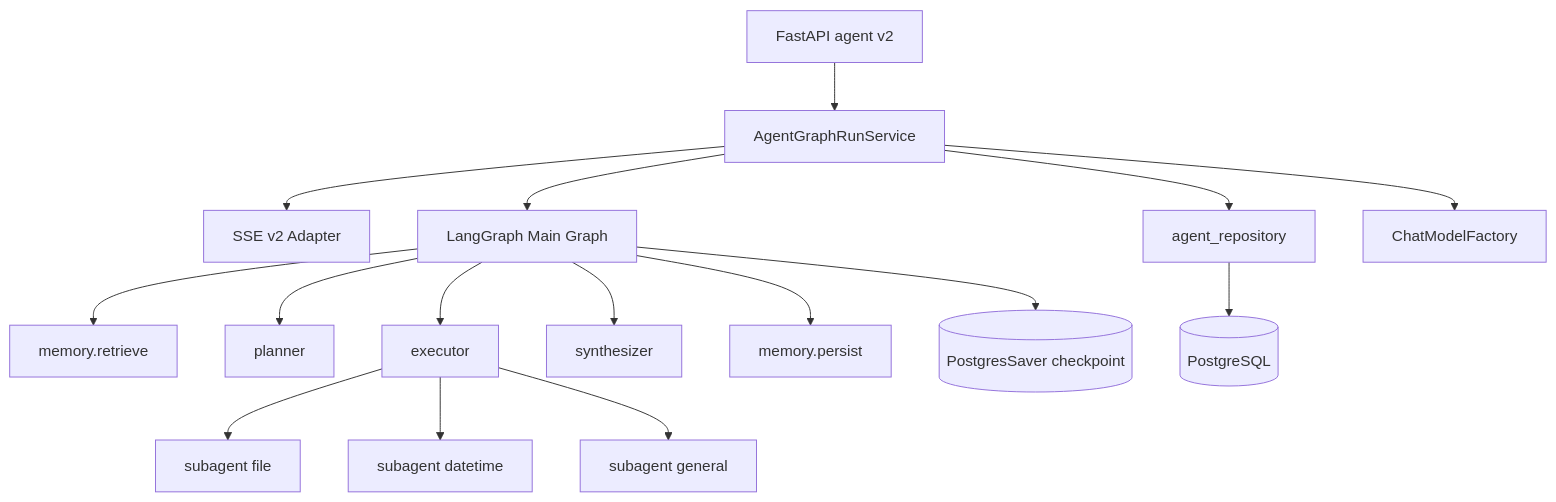
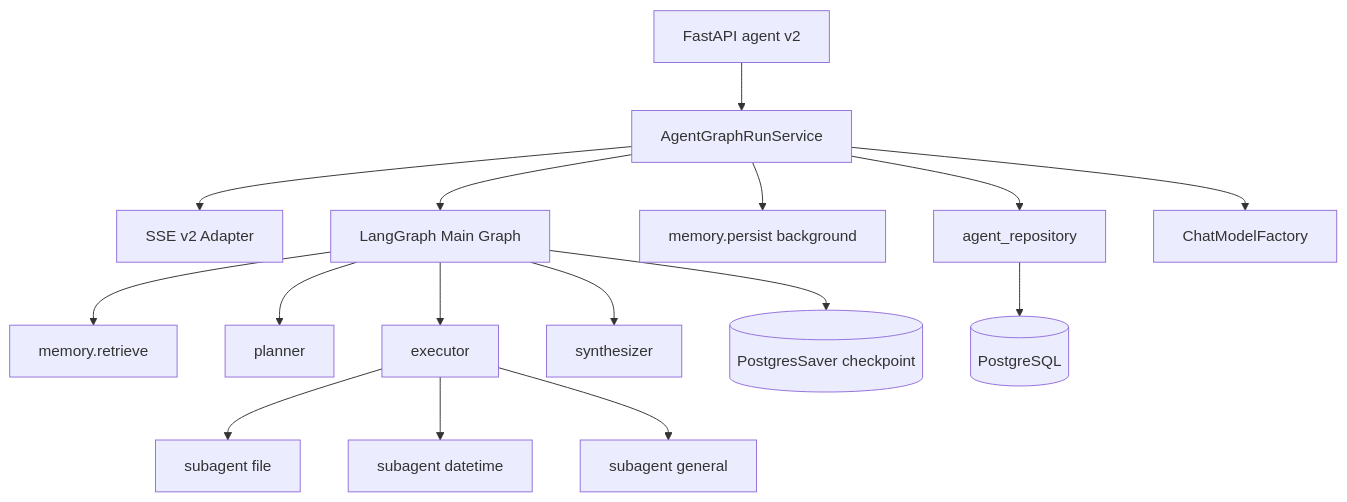
The diagram in docs/superpowers/specs/2026-05-16-agent-langgraph-redesign-design.md (rongdazhuang-bit/minerva), drawn with Mermaid before and after one commit. The commit also changed other lines of this file and 54 other files, not shown here.

````diff
--- a/docs/superpowers/specs/2026-05-16-agent-langgraph-redesign-design.md
+++ b/docs/superpowers/specs/2026-05-16-agent-langgraph-redesign-design.md
@@ -70,18 +72,18 @@
 ```mermaid
 flowchart TB
     API[FastAPI agent v2] --> SVC[AgentGraphRunService]
     SVC --> ADAPTER[SSE v2 Adapter]
     SVC --> GRAPH[LangGraph Main Graph]
     GRAPH --> MEM_IN[memory.retrieve]
     GRAPH --> PLAN[planner]
     GRAPH --> EXEC[executor]
     EXEC --> SA_FILE[subagent file]
     EXEC --> SA_TIME[subagent datetime]
     EXEC --> SA_GEN[subagent general]
     GRAPH --> SYN[synthesizer]
-    GRAPH --> MEM_OUT[memory.persist]
+    SVC --> MEM_BG[memory.persist background]
     SVC --> REPO[agent_repository]
     SVC --> MODEL[ChatModelFactory]
     REPO --> PG[(PostgreSQL)]
     GRAPH --> CKPT[(PostgresSaver checkpoint)]
 ```
````
